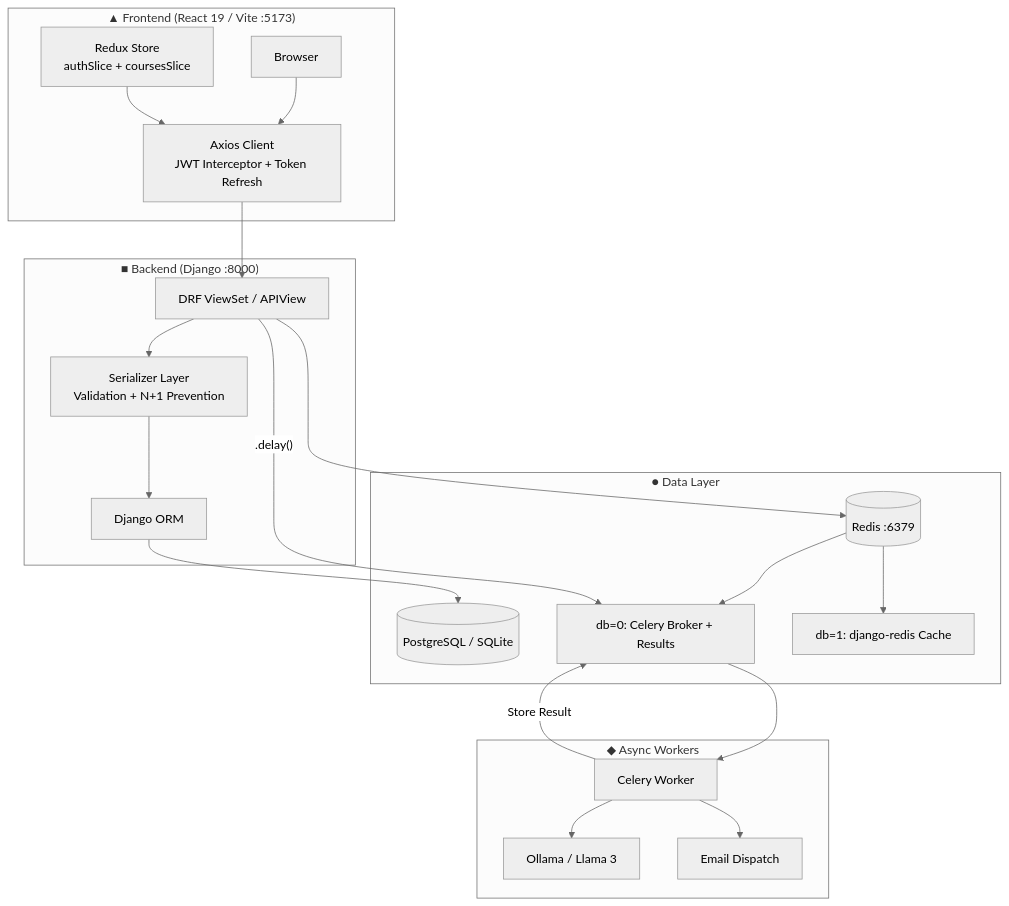
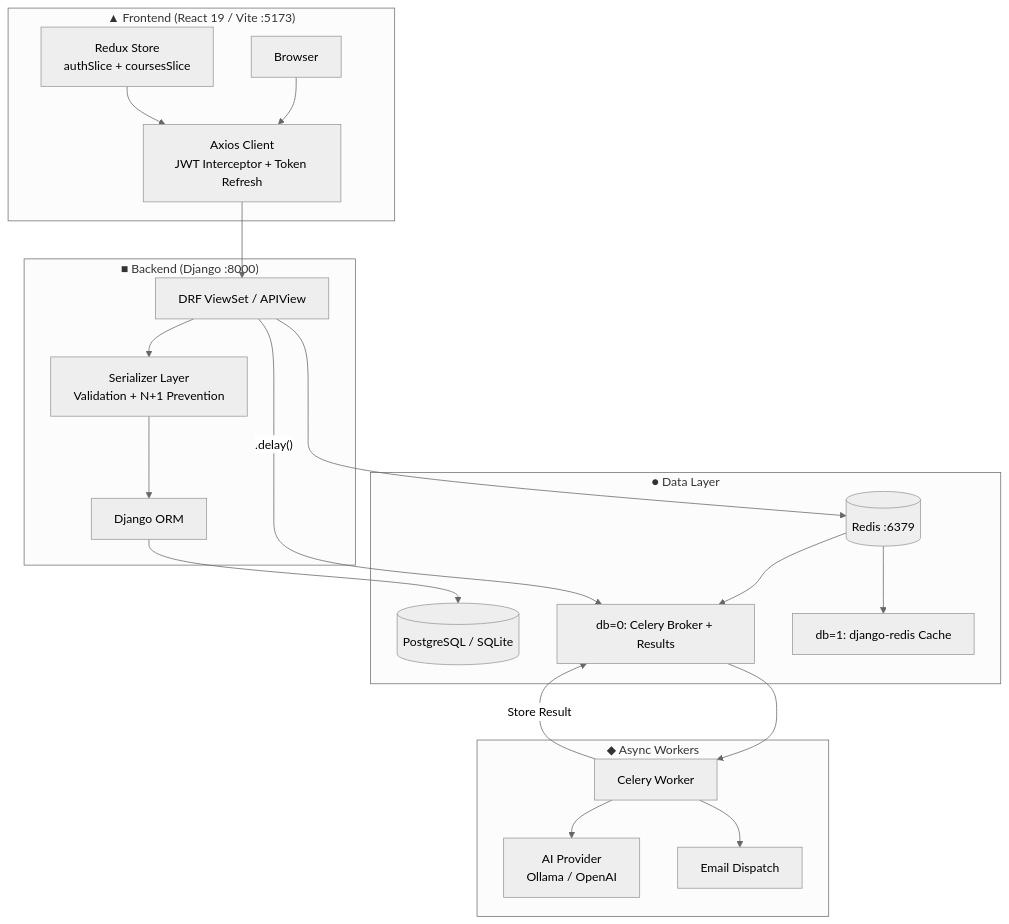
One commit to Ksalgotra1/Cognito-LMS changed the first of 11 diagrams in README.md. Above: the diagram before and after it, drawn with Mermaid (neutral theme). The commit also changed other lines of this file and 1 other file, not shown here.

Commit message:
docs: update READMEs for modular AI provider architecture (Ollama + OpenAI)

````diff
--- a/README.md
+++ b/README.md
@@ -48,40 +48,40 @@
 ```mermaid
 graph TB
     subgraph Frontend ["▲ Frontend (React 19 / Vite :5173)"]
         Browser["Browser"]
         Axios["Axios Client<br/>JWT Interceptor + Token Refresh"]
         Redux["Redux Store<br/>authSlice + coursesSlice"]
     end
 
     subgraph Backend ["■ Backend (Django :8000)"]
         DRF["DRF ViewSet / APIView"]
         Serializer["Serializer Layer<br/>Validation + N+1 Prevention"]
         ORM["Django ORM"]
     end
 
     subgraph DataLayer ["● Data Layer"]
         DB[(PostgreSQL / SQLite)]
         Redis[(Redis :6379)]
         Redis_db0["db=0: Celery Broker + Results"]
         Redis_db1["db=1: django-redis Cache"]
     end
 
     subgraph AsyncLayer ["◆ Async Workers"]
         Celery["Celery Worker"]
-        Ollama["Ollama / Llama 3"]
+        LLM["AI Provider<br/>Ollama / OpenAI"]
         Email["Email Dispatch"]
     end
 
     Browser --> Axios
     Axios --> DRF
     DRF --> Serializer --> ORM --> DB
     DRF --> Redis
     Redis --> Redis_db0
     Redis --> Redis_db1
     DRF -- ".delay()" --> Redis_db0
     Redis_db0 --> Celery
-    Celery --> Ollama
+    Celery --> LLM
     Celery --> Email
     Celery -- "Store Result" --> Redis_db0
     Redux --> Axios
 ```
````
